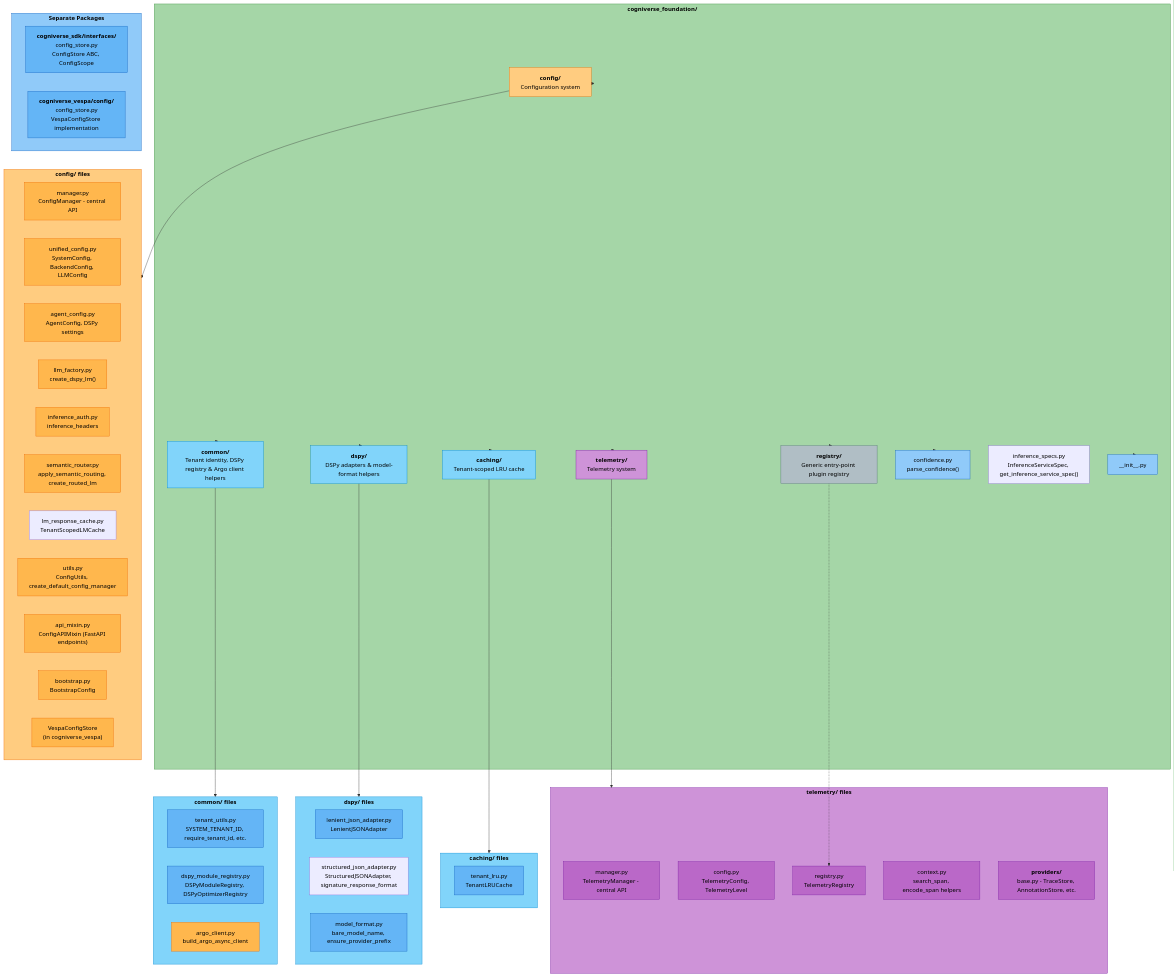
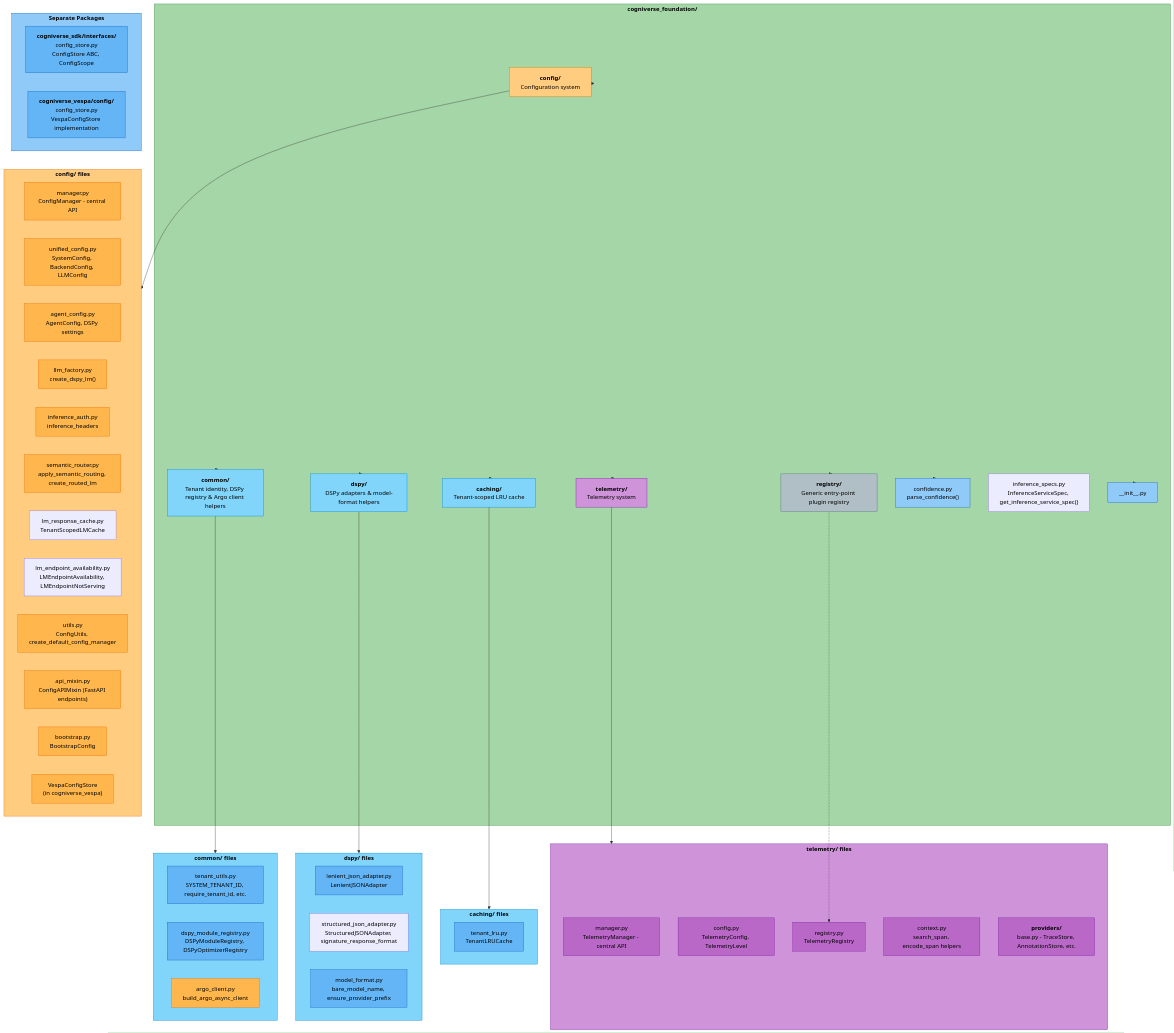
The first of 3 diagrams in docs/modules/foundation.md (amit-jain/cogniverse), drawn with Mermaid before and after one commit. The commit also changed other lines of this file and 26 other files, not shown here.

```diff
--- a/docs/modules/foundation.md
+++ b/docs/modules/foundation.md
@@ -69,6 +69,7 @@
         InferenceAuth["<span style='color:#000'>inference_auth.py<br/>inference_headers</span>"]
         SemanticRouterFile["<span style='color:#000'>semantic_router.py<br/>apply_semantic_routing, create_routed_lm</span>"]
         LmResponseCache["<span style='color:#000'>lm_response_cache.py<br/>TenantScopedLMCache</span>"]
+        LmEndpointAvailability["<span style='color:#000'>lm_endpoint_availability.py<br/>LMEndpointAvailability, LMEndpointNotServing</span>"]
         Utils["<span style='color:#000'>utils.py<br/>ConfigUtils, create_default_config_manager</span>"]
         ApiMixin["<span style='color:#000'>api_mixin.py<br/>ConfigAPIMixin (FastAPI endpoints)</span>"]
         Bootstrap["<span style='color:#000'>bootstrap.py<br/>BootstrapConfig</span>"]
```
